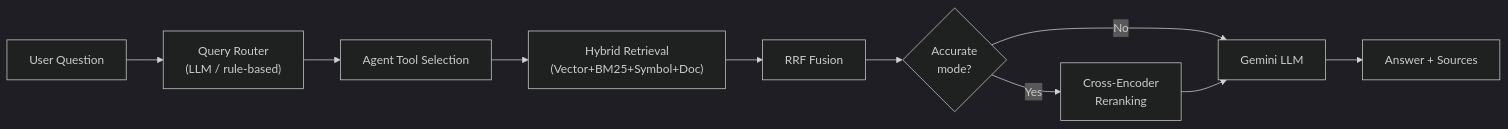
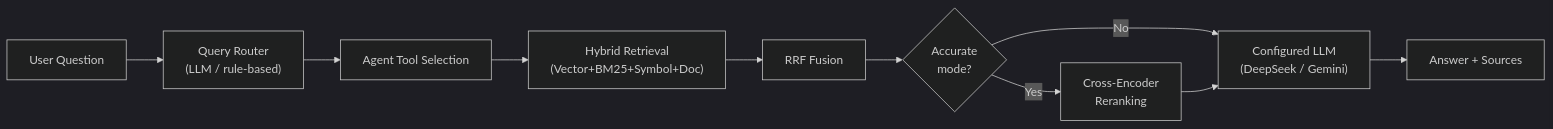
Before and after one commit to harilama05/agentic-python-repo-rag-copilot: the third of 3 diagrams in README.md, drawn with Mermaid (dark theme). The commit also changed other lines of this file, not shown here.

Commit message:
docs: remove remaining hardcoded gemini references in architecture diagrams and router descriptions

````diff
--- a/README.md
+++ b/README.md
@@ -98,12 +98,12 @@
 ```mermaid
 flowchart LR
     Q["User Question"] --> R["Query Router\n(LLM / rule-based)"]
     R --> T["Agent Tool Selection"]
     T --> H["Hybrid Retrieval\n(Vector+BM25+Symbol+Doc)"]
     H --> RRF["RRF Fusion"]
     RRF --> RE{"Accurate\nmode?"}
     RE -- Yes --> CR["Cross-Encoder\nReranking"]
-    RE -- No --> LLM["Gemini LLM"]
+    RE -- No --> LLM["Configured LLM<br>(DeepSeek / Gemini)"]
     CR --> LLM
     LLM --> A2["Answer + Sources"]
 ```
````
